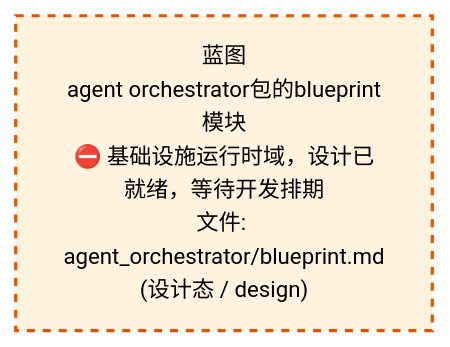
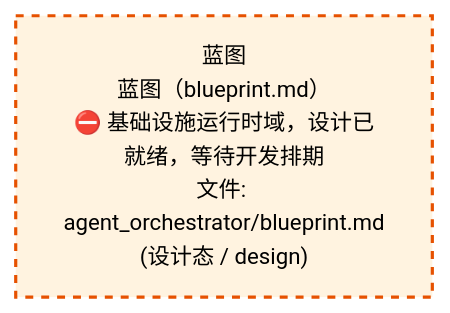
One commit to xuanFelixVan/ZephyrAlpha changed the third of 4 diagrams in docs/02_enterprise_architecture/02_domain_architecture_docs/06_d_infra_runtime.md. Above: the diagram before and after it, drawn with Mermaid. The commit also changed other lines of this file and 56 other files, not shown here.

````diff
--- a/docs/02_enterprise_architecture/02_domain_architecture_docs/06_d_infra_runtime.md
+++ b/docs/02_enterprise_architecture/02_domain_architecture_docs/06_d_infra_runtime.md
@@ -1095,10 +1095,10 @@
 ```mermaid
 %%{init: {'theme': 'base', 'themeVariables': {'primaryColor': '#eaeaea', 'primaryTextColor': '#333333', 'primaryBorderColor': '#666666', 'lineColor': '#666666', 'secondaryColor': '#eaeaea', 'tertiaryColor': '#eaeaea', 'fontSize': '14px'}}}%%
 flowchart TD
-    docs_03_modules_cross_layer_agent_orchestrator_blueprint_md["蓝图<br/>agent orchestrator包的blueprint模块<br/>⛔ 基础设施运行时域，设计已就绪，等待开发排期<br/>文件: agent_orchestrator/blueprint.md<br/>(设计态 / design)"]
+    docs_03_modules_cross_layer_agent_orchestrator_blueprint_md["蓝图<br/>蓝图（blueprint.md）<br/>⛔ 基础设施运行时域，设计已就绪，等待开发排期<br/>文件: agent_orchestrator/blueprint.md<br/>(设计态 / design)"]
     classDef production fill:#e1f5fe,stroke:#01579b,stroke-width:2px,color:#000
     classDef design fill:#fff3e0,stroke:#e65100,stroke-width:2px,color:#000,stroke-dasharray: 5 5
     classDef external_prod fill:#e8f4fd,stroke:#0277bd,stroke-width:1px,color:#000
     classDef external_design fill:#fff8e7,stroke:#ef6c00,stroke-width:1px,color:#000,stroke-dasharray: 5 5
     class docs_03_modules_cross_layer_agent_orchestrator_blueprint_md design
 ```
````
